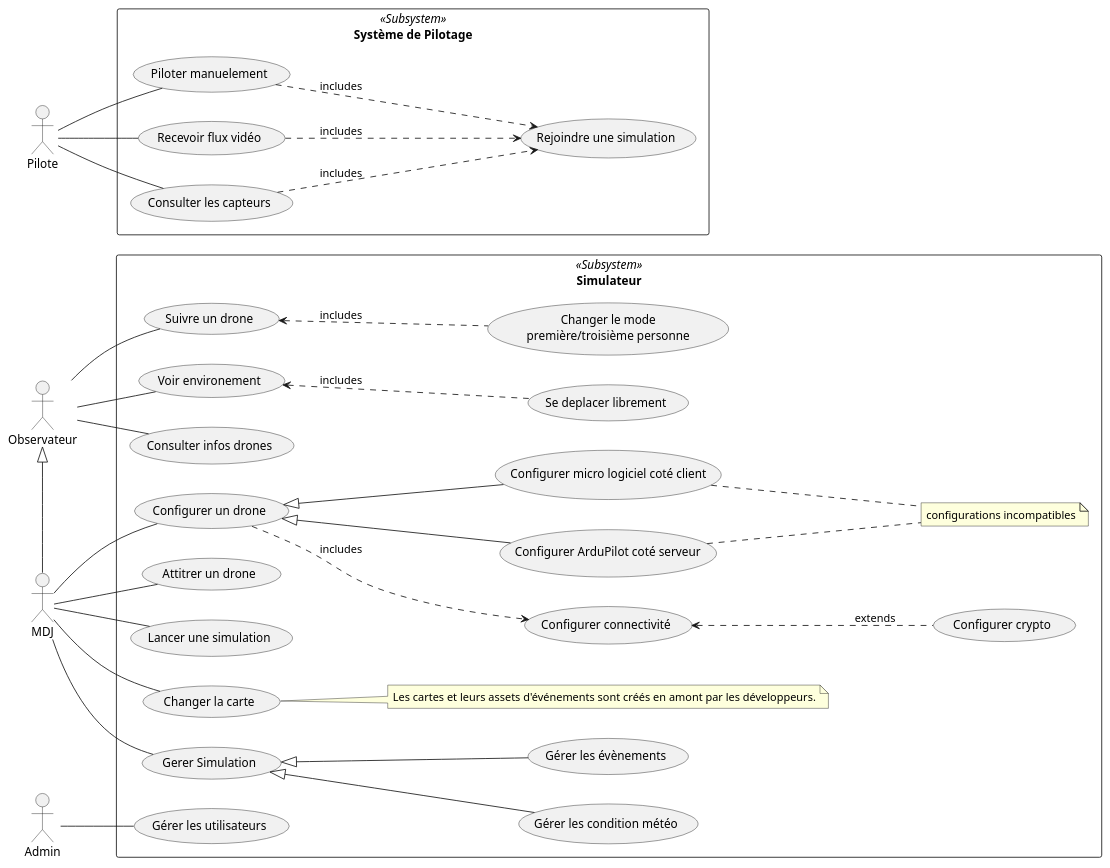
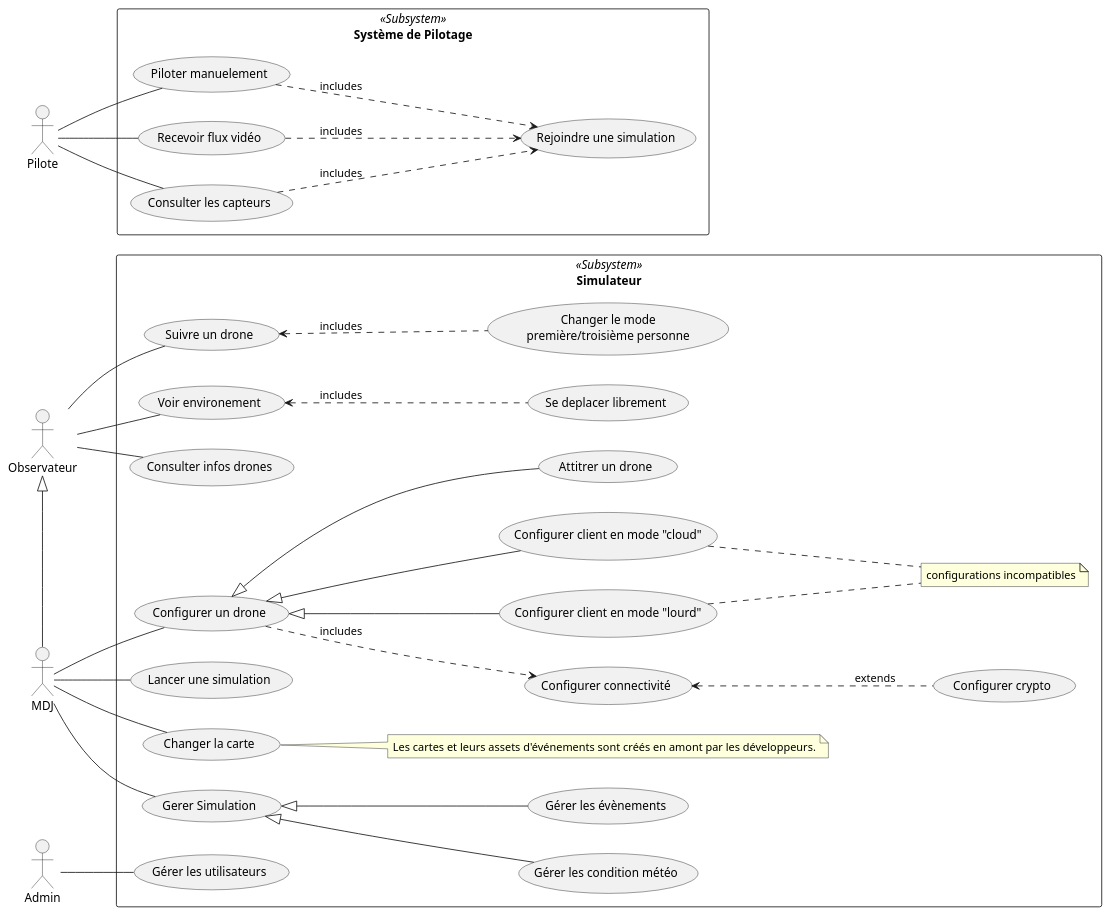
The diagram in doc/simulateur_uc.puml (tombartos/SAE-DRONE), drawn with PlantUML before and after one commit.

Commit message:
uc concernant config drone renomes

```diff
--- a/doc/simulateur_uc.puml
+++ b/doc/simulateur_uc.puml
@@ -1,64 +1,64 @@
 @startuml
 
 left to right direction
 
 actor Observateur
 actor MDJ
 actor Pilote
 actor Admin
 'actor Admin
 
 rectangle "Système de Pilotage" <<Subsystem>> as SysPilot {
     Pilote -- (Piloter manuelement)
     Pilote -- (Recevoir flux vidéo)
     Pilote -- (Consulter les capteurs)
 
     (Recevoir flux vidéo) ..> (Rejoindre une simulation) : includes
     (Piloter manuelement) ..> (Rejoindre une simulation) : includes
     (Consulter les capteurs) ..> (Rejoindre une simulation) : includes
 }
 
 MDJ -left-|> Observateur
 
 rectangle Simulateur <<Subsystem>> {
 
     usecase (Suivre un drone) as follow_drone
 
     follow_drone <.down. (Changer le mode\npremière/troisième personne) : includes
     (Voir environement) <.. (Se deplacer librement) : includes
 
     Observateur -- (Voir environement)
     Observateur -- follow_drone
     Observateur -- (Consulter infos drones)
 
     usecase (Configurer un drone) as cfg_drone
     usecase (Configurer connectivité) as cfg_conn
     usecase (Configurer crypto) as cfg_crypt
-    usecase (Configurer ArduPilot coté serveur) as cfg_ardu_ss
-    usecase (Configurer micro logiciel coté client) as cfg_ardu_cs
+    usecase (Configurer client en mode "lourd") as cfg_ardu_ss
+    usecase (Configurer client en mode "cloud") as cfg_ardu_cs
     usecase (Attitrer un drone) as cfg_attrib_drone
     usecase (Lancer une simulation) as cfg_sim
     note "configurations incompatibles" as mutex1
     note "Les cartes et leurs assets d'événements sont créés en amont par les développeurs." as note1
 
     cfg_drone .down.> cfg_conn : includes
     cfg_conn <.down. cfg_crypt : extends
     cfg_drone <|-- cfg_ardu_ss
     cfg_drone <|-- cfg_ardu_cs
     cfg_ardu_ss .. mutex1
     cfg_ardu_cs .. mutex1
+    cfg_drone <|--  cfg_attrib_drone
 
     MDJ -- (Changer la carte)
     (Changer la carte) .. note1
     MDJ -- (Gerer Simulation)
     (Gerer Simulation) <|-- (Gérer les condition météo)
     (Gerer Simulation) <|-- (Gérer les évènements)
     MDJ -- cfg_drone
-    MDJ -- cfg_attrib_drone
     MDJ -- cfg_sim
 
     Admin -- (Gérer les utilisateurs)
 
 }
 
 @enduml
```
